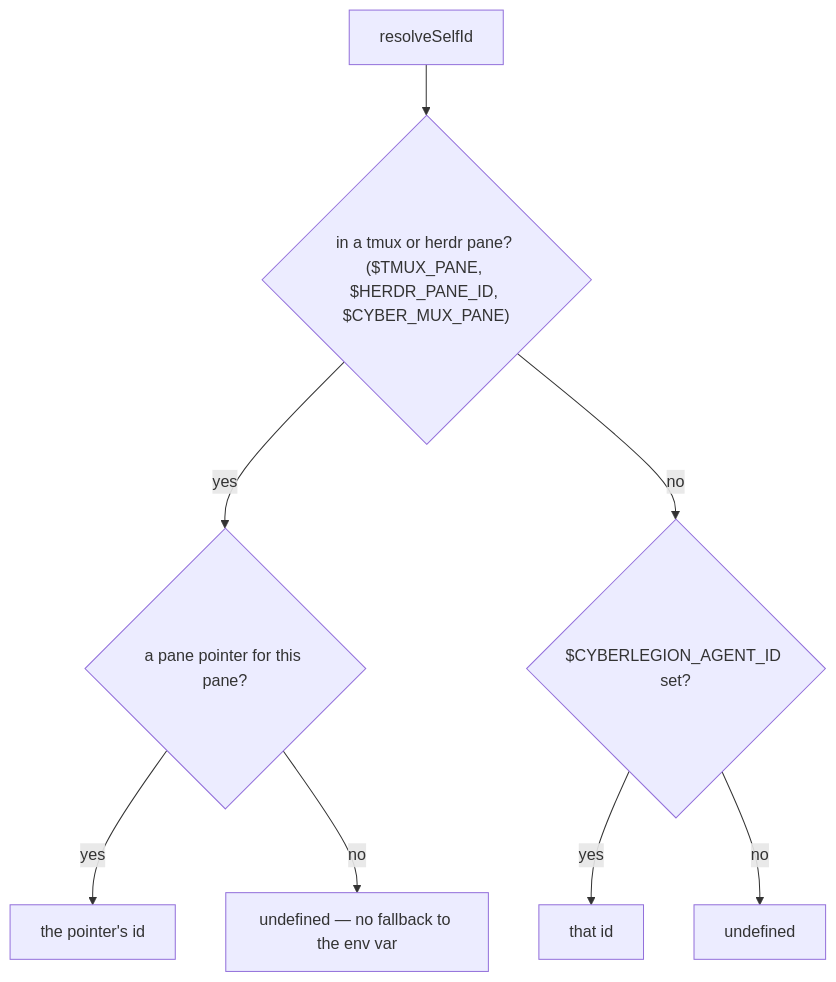
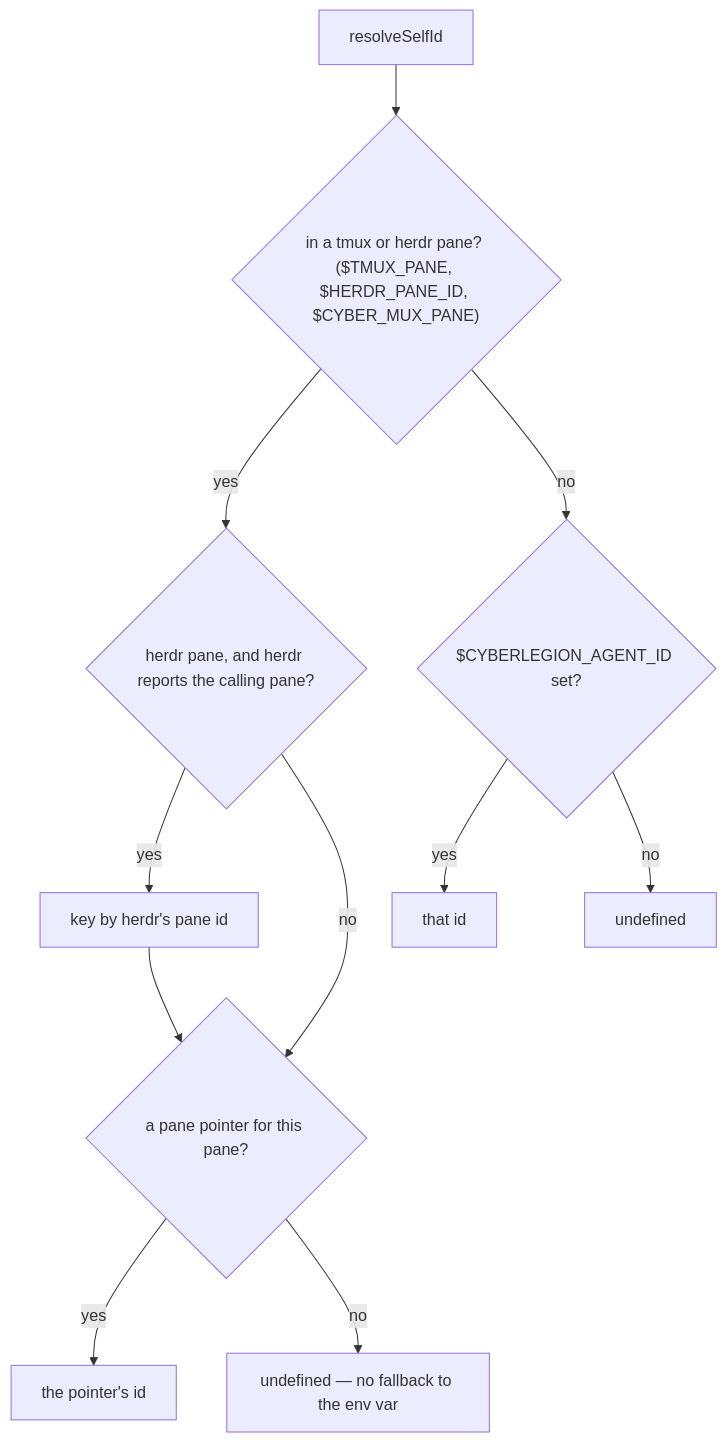
One commit to cyberuni/cyberlegion changed the fourth of 13 diagrams in packages/cyberlegion/.agents/spec/unit/registry/README.md. Above: the diagram before and after it, drawn with Mermaid. The commit also changed other lines of this file and 5 other files, not shown here.

First line of the commit message:
fix: resolve a herdr session's own pane from herdr, not a stale env id

````diff
--- a/packages/cyberlegion/.agents/spec/unit/registry/README.md
+++ b/packages/cyberlegion/.agents/spec/unit/registry/README.md
@@ -489,10 +496,12 @@
 ```mermaid
 graph TD
   SI0["resolveSelfId"] --> SI1{"in a tmux or herdr pane? ($TMUX_PANE, $HERDR_PANE_ID, $CYBER_MUX_PANE)"}
-  SI1 -- yes --> SI2{"a pane pointer for this pane?"}
+  SI1 -- yes --> SIH{"herdr pane, and herdr reports the calling pane?"}
+  SIH -- yes --> SIHY["key by herdr's pane id"] --> SI2
+  SIH -- no --> SI2{"a pane pointer for this pane?"}
   SI2 -- yes --> SI2Y["the pointer's id"]
   SI2 -- no --> SI2N["undefined — no fallback to the env var"]
   SI1 -- no --> SI3{"$CYBERLEGION_AGENT_ID set?"}
   SI3 -- yes --> SI3Y["that id"]
   SI3 -- no --> SI3N["undefined"]
 ```
````
